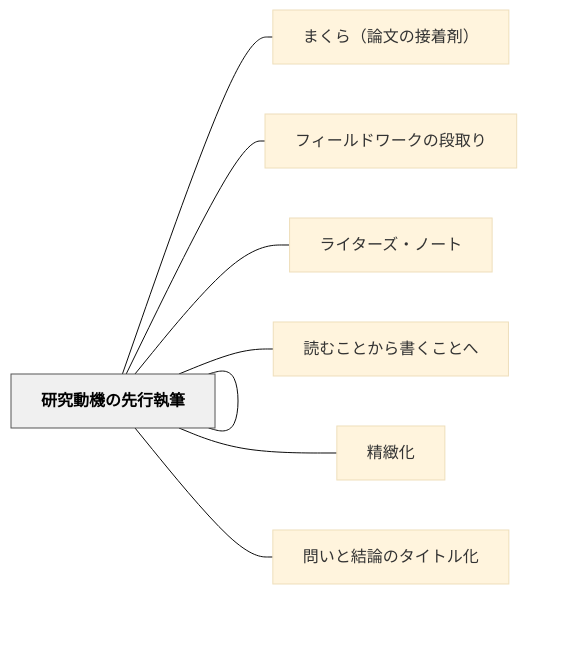
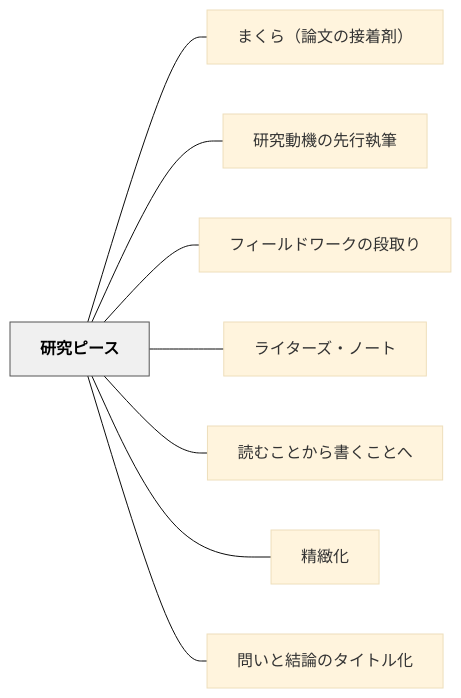
The diagram in content/パタン/研究ピース.md (unknownthings-ed-patterns/unknownthings-ed-patterns), drawn with Mermaid (base theme) before and after one commit. The commit also changed 527 other files, not shown here.

````diff
--- a/content/パタン/研究ピース.md
+++ b/content/パタン/研究ピース.md
@@ -121,22 +121,22 @@
 ```mermaid
 flowchart LR
-    ne7a094e7a9b6["研究ピース"]
-    ne381bee3818f["まくら（論文の接着剤）"]
-    ne7a094e7a9b6["研究動機の先行執筆"]
-    ne38395e382a3["フィールドワークの段取り"]
-    ne383a9e382a4["ライターズ・ノート"]
-    ne8aaade38280["読むことから書くことへ"]
-    ne7b2bee7b7bb["精緻化"]
-    ne5958fe38184["問いと結論のタイトル化"]
+    ne7a094e7a9b6e38394e383bce382b9["研究ピース"]
+    ne381bee3818fe38289efbc88e8ab96e69687e381aee68ea5e79d80e589a4efbc89["まくら（論文の接着剤）"]
+    ne7a094e7a9b6e58b95e6a99fe381aee58588e8a18ce59fb7e7ad86["研究動機の先行執筆"]
+    ne38395e382a3e383bce383abe38389e383afe383bce382afe381aee6aeb5e58f96e3828a["フィールドワークの段取り"]
+    ne383a9e382a4e382bfe383bce382bae383bbe3838ee383bce38388["ライターズ・ノート"]
+    ne8aaade38280e38193e381a8e3818be38289e69bb8e3818fe38193e381a8e381b8["読むことから書くことへ"]
+    ne7b2bee7b7bbe58c96["精緻化"]
+    ne5958fe38184e381a8e7b590e8ab96e381aee382bfe382a4e38388e383abe58c96["問いと結論のタイトル化"]
 
-    ne7a094e7a9b6 --- ne381bee3818f
-    ne7a094e7a9b6 --- ne7a094e7a9b6
-    ne7a094e7a9b6 --- ne38395e382a3
-    ne7a094e7a9b6 --- ne383a9e382a4
-    ne7a094e7a9b6 --- ne8aaade38280
-    ne7a094e7a9b6 --- ne7b2bee7b7bb
-    ne7a094e7a9b6 --- ne5958fe38184
+    ne7a094e7a9b6e38394e383bce382b9 --- ne381bee3818fe38289efbc88e8ab96e69687e381aee68ea5e79d80e589a4efbc89
+    ne7a094e7a9b6e38394e383bce382b9 --- ne7a094e7a9b6e58b95e6a99fe381aee58588e8a18ce59fb7e7ad86
+    ne7a094e7a9b6e38394e383bce382b9 --- ne38395e382a3e383bce383abe38389e383afe383bce382afe381aee6aeb5e58f96e3828a
+    ne7a094e7a9b6e38394e383bce382b9 --- ne383a9e382a4e382bfe383bce382bae383bbe3838ee383bce38388
+    ne7a094e7a9b6e38394e383bce382b9 --- ne8aaade38280e38193e381a8e3818be38289e69bb8e3818fe38193e381a8e381b8
+    ne7a094e7a9b6e38394e383bce382b9 --- ne7b2bee7b7bbe58c96
+    ne7a094e7a9b6e38394e383bce382b9 --- ne5958fe38184e381a8e7b590e8ab96e381aee382bfe382a4e38388e383abe58c96
 
     classDef hub fill:#f0f0f0,stroke:#555,color:#000,font-weight:bold
-    class ne7a094e7a9b6 hub
+    class ne7a094e7a9b6e38394e383bce382b9 hub
 ```
````
